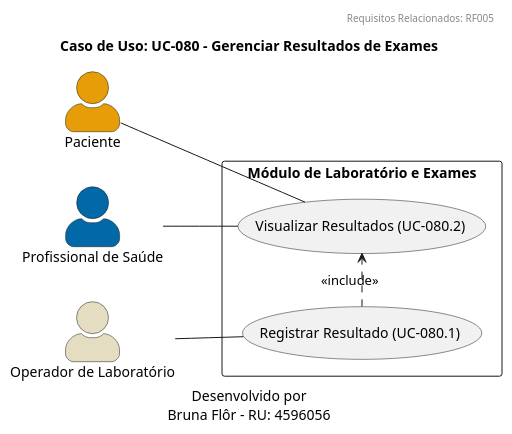
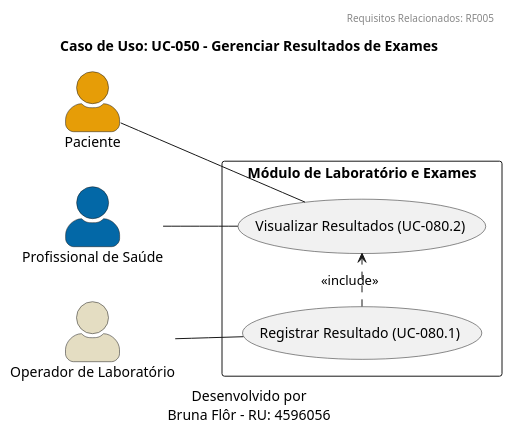
Before and after one commit to bruflor/sghss-next-app: the diagram in docs/diagrams/use-case/UC-050-gerenciar-resultados.puml, drawn with PlantUML. The commit also changed 7 other files, not shown here.

```diff
--- a/docs/diagrams/use-case/UC-050-gerenciar-resultados.puml
+++ b/docs/diagrams/use-case/UC-050-gerenciar-resultados.puml
@@ -1,32 +1,32 @@
 @startuml
 
 header
 Requisitos Relacionados: RF005
 end header
 
 caption
 Desenvolvido por
 Bruna Flôr - RU: 4596056
 end caption
 
-title Caso de Uso: UC-080 - Gerenciar Resultados de Exames
+title Caso de Uso: UC-050 - Gerenciar Resultados de Exames
 
 left to right direction
 skinparam actorStyle awesome
 
 actor #E69D07 Paciente as Pac
 actor #0368A7 "Profissional de Saúde" as Prof
 actor #e4ddc2 "Operador de Laboratório" as Lab
 
 rectangle "Módulo de Laboratório e Exames" {
     usecase "Registrar Resultado (UC-080.1)" as UC_Reg
     usecase "Visualizar Resultados (UC-080.2)" as UC_Vis
 }
 
 Lab -- UC_Reg
 
 Pac -- UC_Vis
 Prof -- UC_Vis
 
 UC_Reg .> UC_Vis : <<include>>
 @enduml
```
